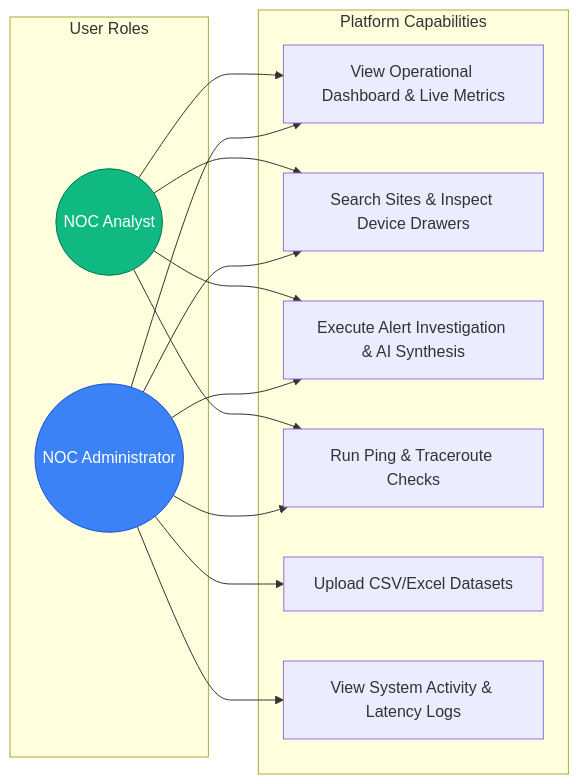
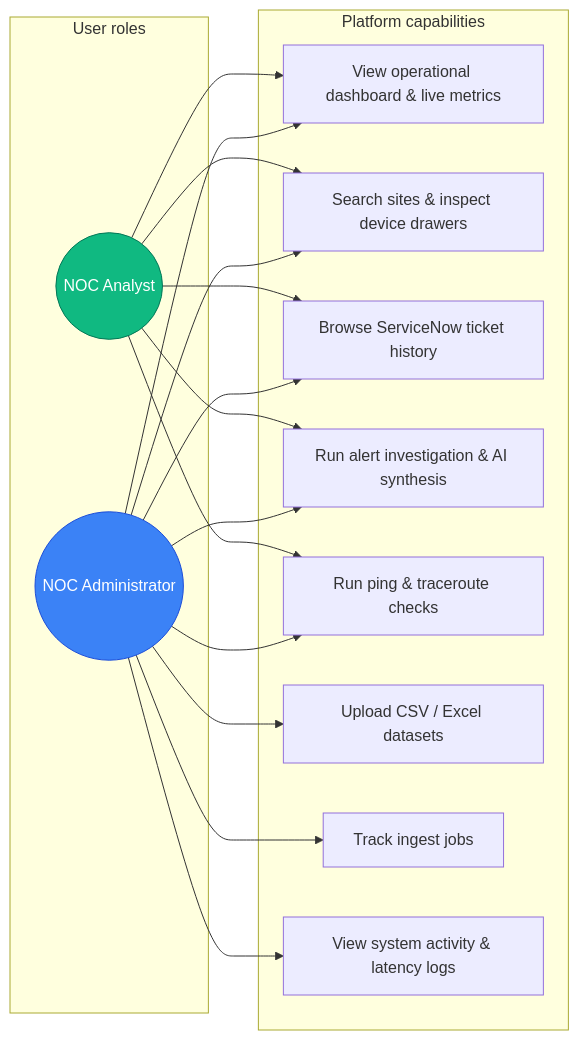
The seventh of 8 diagrams in docs/NOC_Diagrams.md (sanchiitvijay/noc-ps), drawn with Mermaid before and after one commit. The commit also changed other lines of this file and 3 other files, not shown here.

````diff
--- a/docs/NOC_Diagrams.md
+++ b/docs/NOC_Diagrams.md
@@ -267,31 +367,36 @@
 ```mermaid
 flowchart LR
-    subgraph Roles ["User Roles"]
+    subgraph Roles ["User roles"]
         Analyst((NOC Analyst))
         Admin((NOC Administrator))
     end
 
-    subgraph Capabilities ["Platform Capabilities"]
-        KPI[View Operational Dashboard & Live Metrics]
-        Sites[Search Sites & Inspect Device Drawers]
-        Triage[Execute Alert Investigation & AI Synthesis]
-        Diagnostics[Run Ping & Traceroute Checks]
-        Ingest[Upload CSV/Excel Datasets]
-        Audit[View System Activity & Latency Logs]
+    subgraph Capabilities ["Platform capabilities"]
+        KPI[View operational dashboard & live metrics]
+        Sites[Search sites & inspect device drawers]
+        Tickets[Browse ServiceNow ticket history]
+        Investigate[Run alert investigation & AI synthesis]
+        Diagnostics[Run ping & traceroute checks]
+        Ingest[Upload CSV / Excel datasets]
+        Jobs[Track ingest jobs]
+        Audit[View system activity & latency logs]
     end
 
     Analyst --> KPI
     Analyst --> Sites
-    Analyst --> Triage
+    Analyst --> Tickets
+    Analyst --> Investigate
     Analyst --> Diagnostics
 
     Admin --> KPI
     Admin --> Sites
-    Admin --> Triage
+    Admin --> Tickets
+    Admin --> Investigate
     Admin --> Diagnostics
     Admin --> Ingest
+    Admin --> Jobs
     Admin --> Audit
 
     style Analyst fill:#10b981,stroke:#047857,color:#ffffff
     style Admin fill:#3b82f6,stroke:#1d4ed8,color:#ffffff
 ```
````
